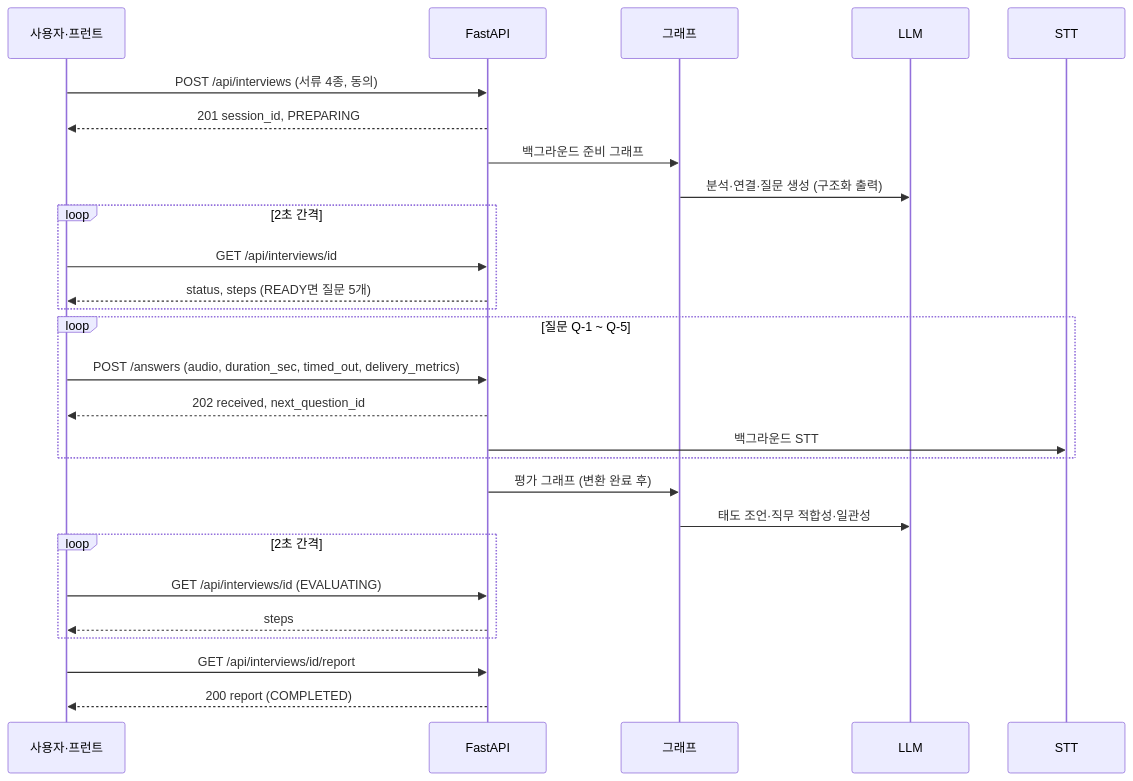
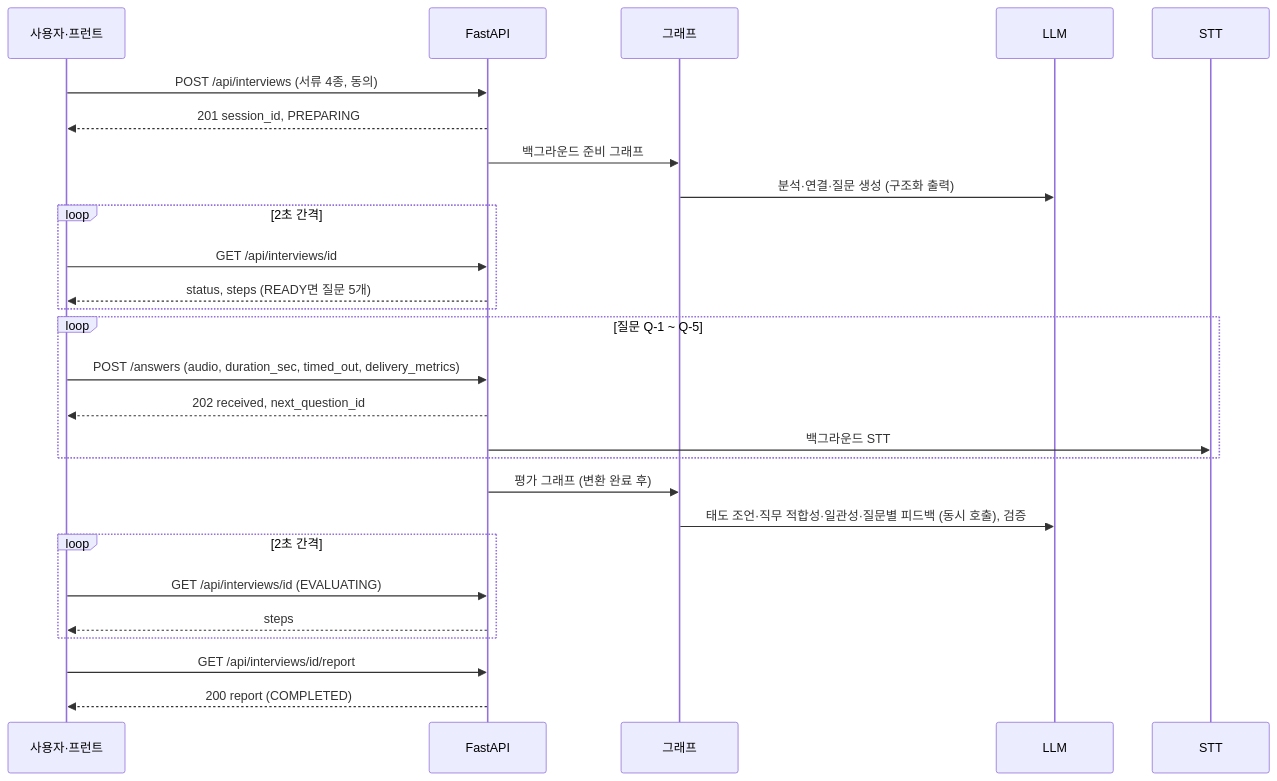
The fourth of 6 diagrams in docs/05-architecture.md (skkuls-ai/interview_simulation_agent), drawn with Mermaid before and after one commit. The commit also changed other lines of this file and 4 other files, not shown here.

````diff
--- a/docs/05-architecture.md
+++ b/docs/05-architecture.md
@@ -101,29 +102,29 @@
 ```mermaid
 sequenceDiagram
     participant U as 사용자·프런트
     participant API as FastAPI
     participant G as 그래프
     participant L as LLM
     participant S as STT
     U->>API: POST /api/interviews (서류 4종, 동의)
     API-->>U: 201 session_id, PREPARING
     API->>G: 백그라운드 준비 그래프
     G->>L: 분석·연결·질문 생성 (구조화 출력)
     loop 2초 간격
         U->>API: GET /api/interviews/id
         API-->>U: status, steps (READY면 질문 5개)
     end
     loop 질문 Q-1 ~ Q-5
         U->>API: POST /answers (audio, duration_sec, timed_out, delivery_metrics)
         API-->>U: 202 received, next_question_id
         API->>S: 백그라운드 STT
     end
     API->>G: 평가 그래프 (변환 완료 후)
-    G->>L: 태도 조언·직무 적합성·일관성
+    G->>L: 태도 조언·직무 적합성·일관성·질문별 피드백 (동시 호출), 검증
     loop 2초 간격
         U->>API: GET /api/interviews/id (EVALUATING)
         API-->>U: steps
     end
     U->>API: GET /api/interviews/id/report
     API-->>U: 200 report (COMPLETED)
 ```
````
